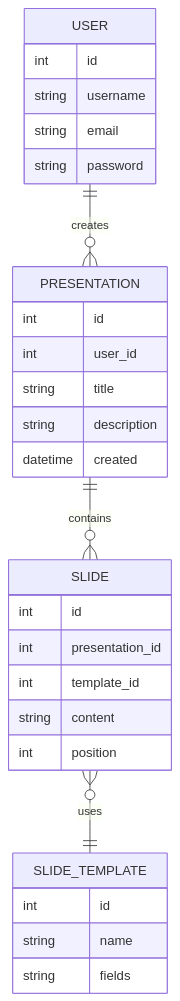
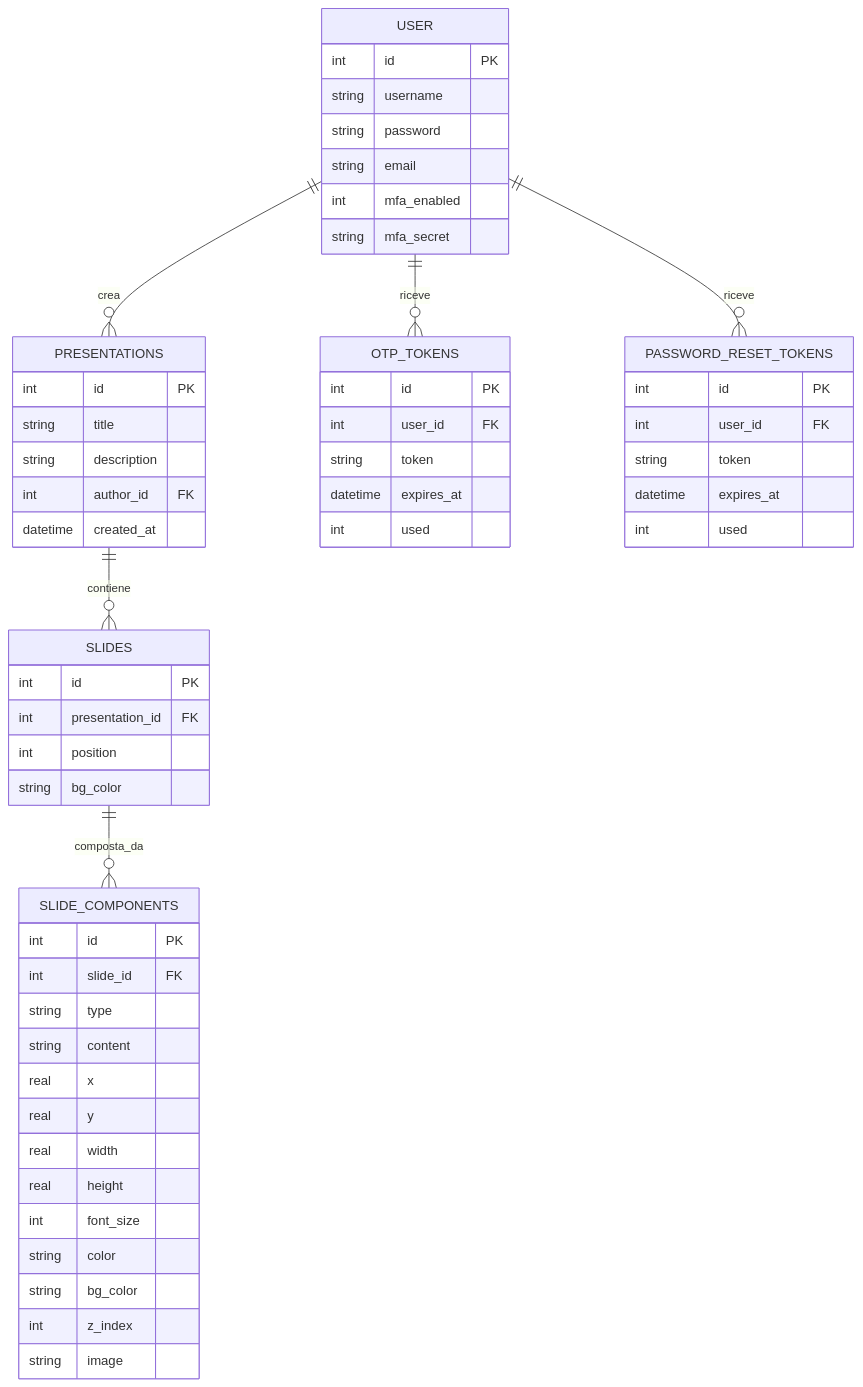
The diagram in README.md (CristianMonticelli/Progetto_Maturita), drawn with Mermaid before and after one commit. The commit also changed other lines of this file and 1 other file, not shown here.

````diff
--- a/README.md
+++ b/README.md
@@ -161,36 +130,59 @@
 ```mermaid
 erDiagram
-
-    USER ||--o{ PRESENTATION : creates
-    PRESENTATION ||--o{ SLIDE : contains
-    SLIDE }o--|| SLIDE_TEMPLATE : uses
-
     USER {
-        int id
+        int id PK
         string username
+        string password
         string email
-        string password
+        int mfa_enabled
+        string mfa_secret
+    }
+    PRESENTATIONS {
+        int id PK
+        string title
+        string description
+        int author_id FK
+        datetime created_at
+    }
+    SLIDES {
+        int id PK
+        int presentation_id FK
+        int position
+        string bg_color
+    }
+    SLIDE_COMPONENTS {
+        int id PK
+        int slide_id FK
+        string type
+        string content
+        real x
+        real y
+        real width
+        real height
+        int font_size
+        string color
+        string bg_color
+        int z_index
+        string image
+    }
+    OTP_TOKENS {
+        int id PK
+        int user_id FK
+        string token
+        datetime expires_at
+        int used
+    }
+    PASSWORD_RESET_TOKENS {
+        int id PK
+        int user_id FK
+        string token
+        datetime expires_at
+        int used
     }
 
-    PRESENTATION {
-        int id
-        int user_id
-        string title
-        string description
-        datetime created
-    }
-
-    SLIDE {
-        int id
-        int presentation_id
-        int template_id
-        string content
-        int position
-    }
-
-    SLIDE_TEMPLATE {
-        int id
-        string name
-        string fields
-    }
+    USER ||--o{ PRESENTATIONS : crea
+    PRESENTATIONS ||--o{ SLIDES : contiene
+    SLIDES ||--o{ SLIDE_COMPONENTS : composta_da
+    USER ||--o{ OTP_TOKENS : riceve
+    USER ||--o{ PASSWORD_RESET_TOKENS : riceve
 ```
````
